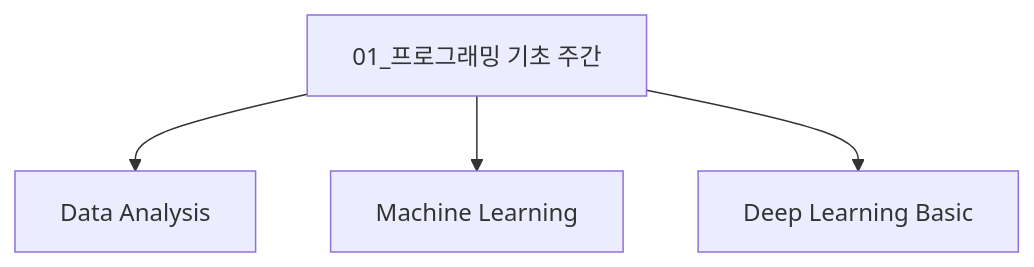
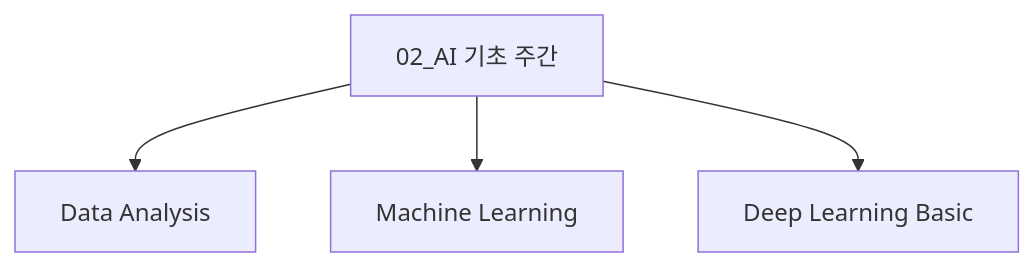
One commit to 20260120-skn-ai-camp/.github changed the second of 2 diagrams in profile/README.md. Above: the diagram before and after it, drawn with Mermaid.

````diff
--- a/profile/README.md
+++ b/profile/README.md
@@ -35,16 +35,16 @@
 ```mermaid
 graph TD
-    A[01_프로그래밍 기초 주간]
+    A[02_AI 기초 주간]
     A1[Data Analysis]
     A2[Machine Learning]
     A3[Deep Learning Basic]
     A --> A1
     A --> A2
     A --> A3
 
-    click A "https://github.com/orgs/20260120-skn-ai-camp/projects/1" "AI 기초"
+    click A "https://github.com/orgs/20260120-skn-ai-camp/projects/2" "AI 기초"
     click A1 "https://github.com/20260120-skn-ai-camp/04_data_analysis_workspace" "AI 기초 - Data Analysis"
     click A2 "https://github.com/20260120-skn-ai-camp/05_machine_learning_workspace" "AI 기초 - Machine Learning"
     click A3 "https://github.com/20260120-skn-ai-camp/06_deep_learning_basic_workspace" "AI 기초 - Deep Learning Basic"
 
 ```
````
